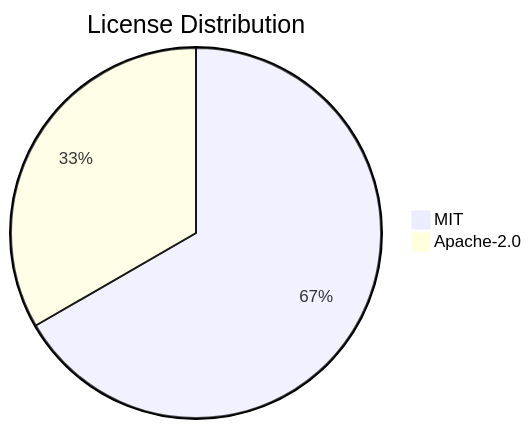
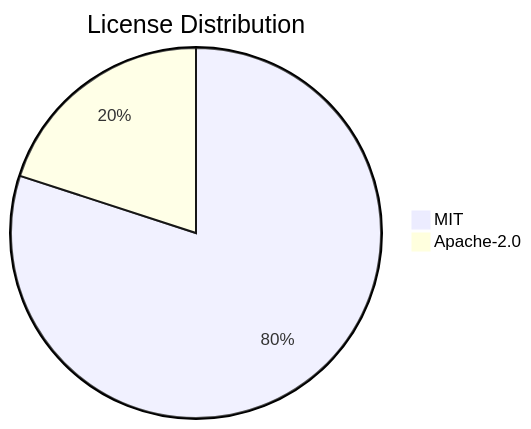
One commit to svenroth-ai/shipwright changed the diagram in .shipwright/compliance/sbom.md. Above: the diagram before and after it, drawn with Mermaid. The commit also changed other lines of this file and 28 other files, not shown here.

````diff
--- a/.shipwright/compliance/sbom.md
+++ b/.shipwright/compliance/sbom.md
@@ -17,5 +17,5 @@
 ```mermaid
 pie title License Distribution
-    "MIT" : 2
+    "MIT" : 4
     "Apache-2.0" : 1
 ```
````
